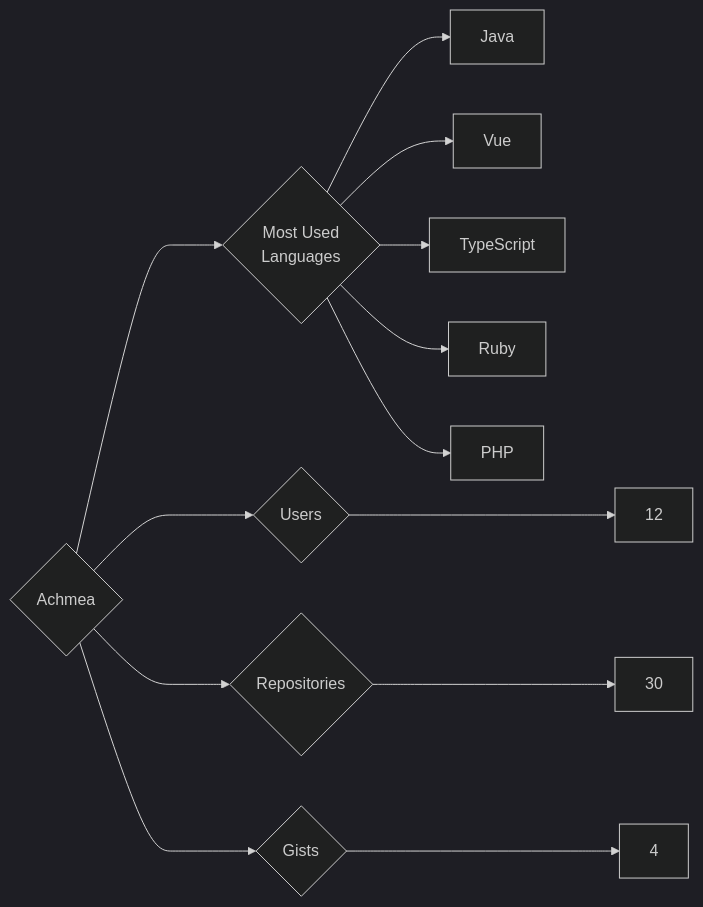
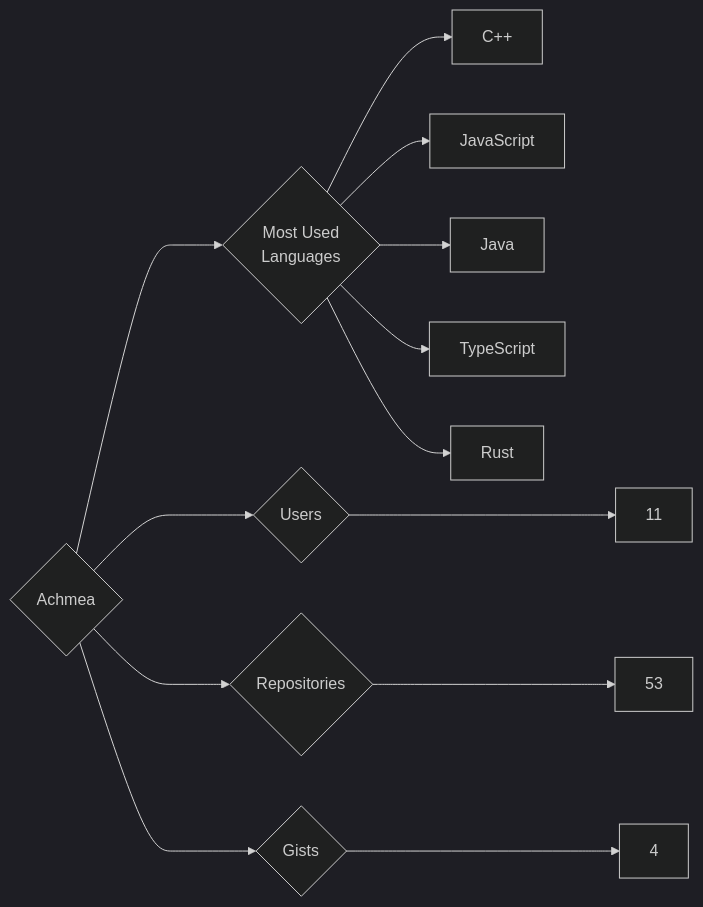
The diagram in targets/Achmea/README.md (trickest/insiders), drawn with Mermaid (dark theme) before and after one commit. The commit also changed 1084 other files, not shown here.

````diff
--- a/targets/Achmea/README.md
+++ b/targets/Achmea/README.md
@@ -3,13 +3,13 @@
 ```mermaid
 graph LR
 COMPANY_NAME{Achmea}
-COMPANY_NAME ---> U{Users} ---> UN[12]
-COMPANY_NAME ---> R{Repositories} ---> RN[30]
+COMPANY_NAME ---> U{Users} ---> UN[11]
+COMPANY_NAME ---> R{Repositories} ---> RN[53]
 COMPANY_NAME ---> G{Gists} ---> GN[4]
 COMPANY_NAME ---> ML{Most Used<br>Languages}
+ML --> C++[C++]
+ML --> JavaScript[JavaScript]
 ML --> Java[Java]
-ML --> Vue[Vue]
 ML --> TypeScript[TypeScript]
-ML --> Ruby[Ruby]
-ML --> PHP[PHP]
+ML --> Rust[Rust]
 ```
````
